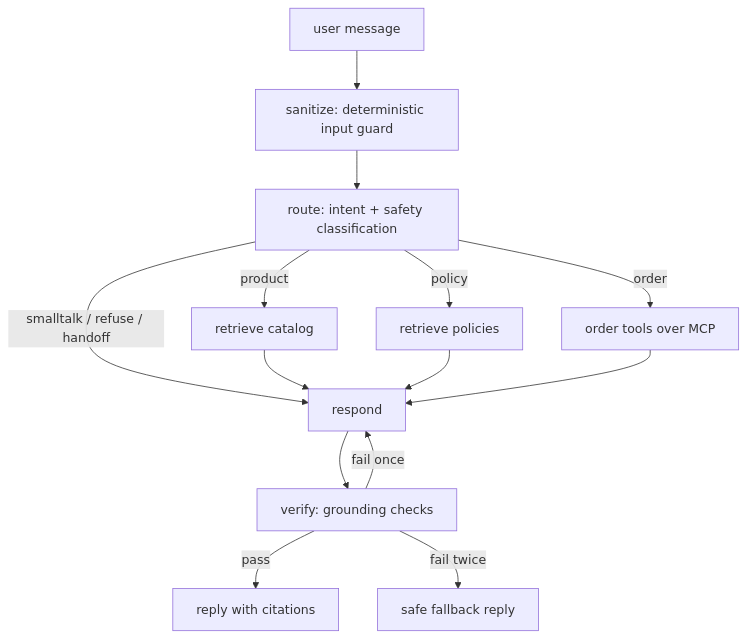
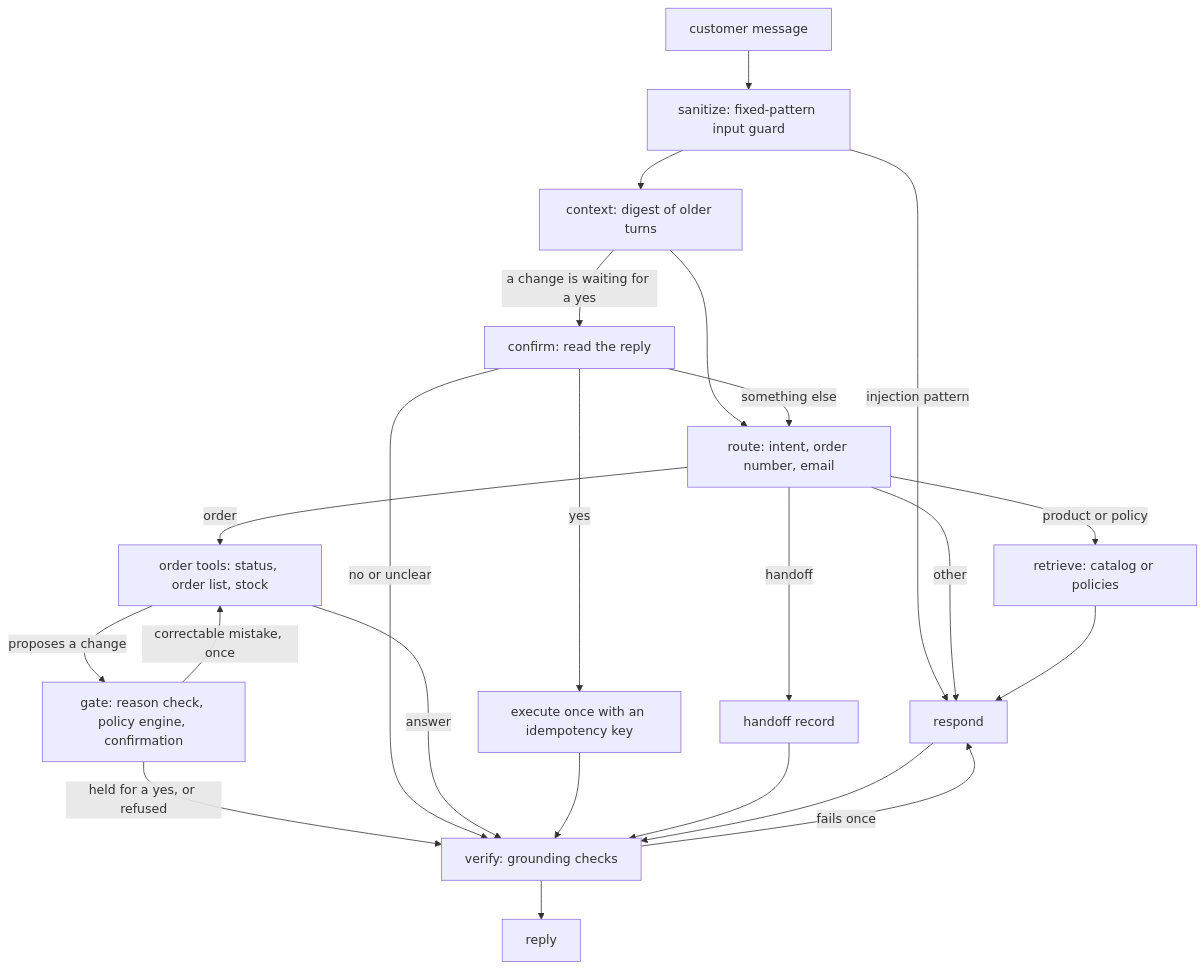
One commit to akallam04/shopify-support-agent changed the diagram in README.md. Above: the diagram before and after it, drawn with Mermaid. The commit also changed other lines of this file and 5 other files, not shown here.

````diff
--- a/README.md
+++ b/README.md
@@ -12,16 +25,25 @@
 ```mermaid
 flowchart TD
-    U[user message] --> SAN[sanitize: deterministic input guard]
-    SAN --> ROUTE[route: intent + safety classification]
-    ROUTE -->|product| RETP[retrieve catalog]
-    ROUTE -->|policy| RETG[retrieve policies]
-    ROUTE -->|order| TOOLS[order tools over MCP]
-    ROUTE -->|smalltalk / refuse / handoff| RESP[respond]
-    RETP --> RESP
-    RETG --> RESP
-    TOOLS --> RESP
-    RESP --> VER[verify: grounding checks]
-    VER -->|pass| OUT[reply with citations]
-    VER -->|fail once| RESP
-    VER -->|fail twice| SAFE[safe fallback reply]
+    U[customer message] --> SAN[sanitize: fixed-pattern input guard]
+    SAN -->|injection pattern| RESP[respond]
+    SAN --> CTX[context: digest of older turns]
+    CTX -->|a change is waiting for a yes| CONF[confirm: read the reply]
+    CTX --> ROUTE[route: intent, order number, email]
+    ROUTE -->|product or policy| RET[retrieve: catalog or policies]
+    ROUTE -->|order| TOOLS[order tools: status, order list, stock]
+    ROUTE -->|handoff| HAND[handoff record]
+    ROUTE -->|other| RESP
+    RET --> RESP
+    TOOLS -->|proposes a change| GATE[gate: reason check, policy engine, confirmation]
+    GATE -->|correctable mistake, once| TOOLS
+    GATE -->|held for a yes, or refused| VER
+    CONF -->|yes| EXEC[execute once with an idempotency key]
+    CONF -->|something else| ROUTE
+    CONF -->|no or unclear| VER
+    TOOLS -->|answer| VER[verify: grounding checks]
+    EXEC --> VER
+    HAND --> VER
+    RESP --> VER
+    VER -->|fails once| RESP
+    VER --> OUT[reply]
 ```
````
